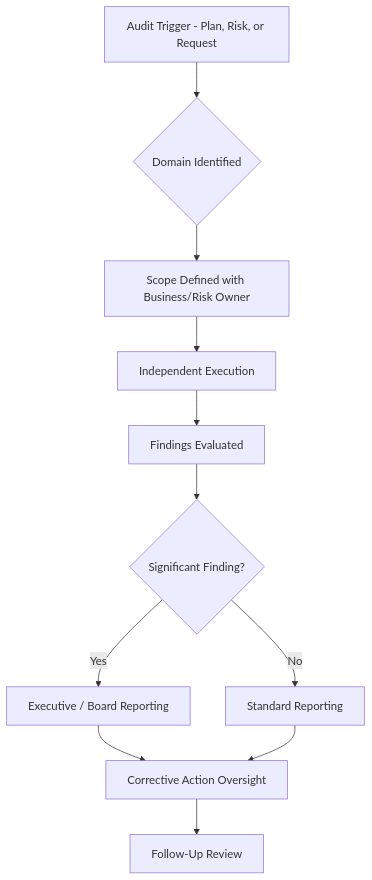
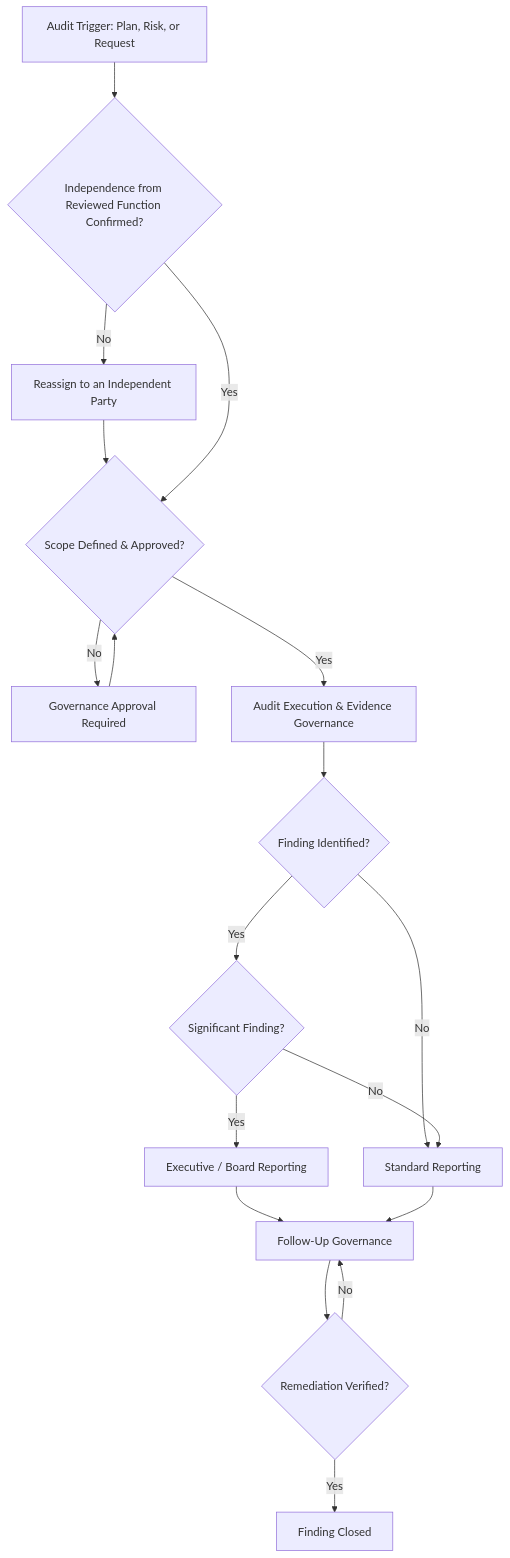
Before and after one commit to MojammelJoy/StackLeo-Tech-Store: the third of 6 diagrams in 06_Security/audit-governance.md, drawn with Mermaid. The commit also changed other lines of this file and 30 other files, not shown here.

````diff
--- a/06_Security/audit-governance.md
+++ b/06_Security/audit-governance.md
@@ -166,13 +368,20 @@
 ```mermaid
 flowchart TD
-    A[Audit Trigger - Plan, Risk, or Request] --> B{Domain Identified}
-    B --> C[Scope Defined with Business/Risk Owner]
-    C --> D[Independent Execution]
-    D --> E[Findings Evaluated]
-    E --> F{Significant Finding?}
-    F -->|Yes| G[Executive / Board Reporting]
-    F -->|No| H[Standard Reporting]
-    G --> I[Corrective Action Oversight]
-    H --> I
-    I --> J[Follow-Up Review]
+    Trigger[Audit Trigger: Plan, Risk, or Request] --> Q1{Independence from Reviewed Function Confirmed?}
+    Q1 -->|No| Reassign[Reassign to an Independent Party]
+    Reassign --> Q2
+    Q1 -->|Yes| Q2{Scope Defined & Approved?}
+    Q2 -->|No| Approve[Governance Approval Required]
+    Approve --> Q2
+    Q2 -->|Yes| Execute[Audit Execution & Evidence Governance]
+    Execute --> Q3{Finding Identified?}
+    Q3 -->|No| StandardReport[Standard Reporting]
+    Q3 -->|Yes| Q4{Significant Finding?}
+    Q4 -->|Yes| ExecReport[Executive / Board Reporting]
+    Q4 -->|No| StandardReport
+    ExecReport --> FollowUp[Follow-Up Governance]
+    StandardReport --> FollowUp
+    FollowUp --> Q5{Remediation Verified?}
+    Q5 -->|Yes| Close[Finding Closed]
+    Q5 -->|No| FollowUp
 ```
````
